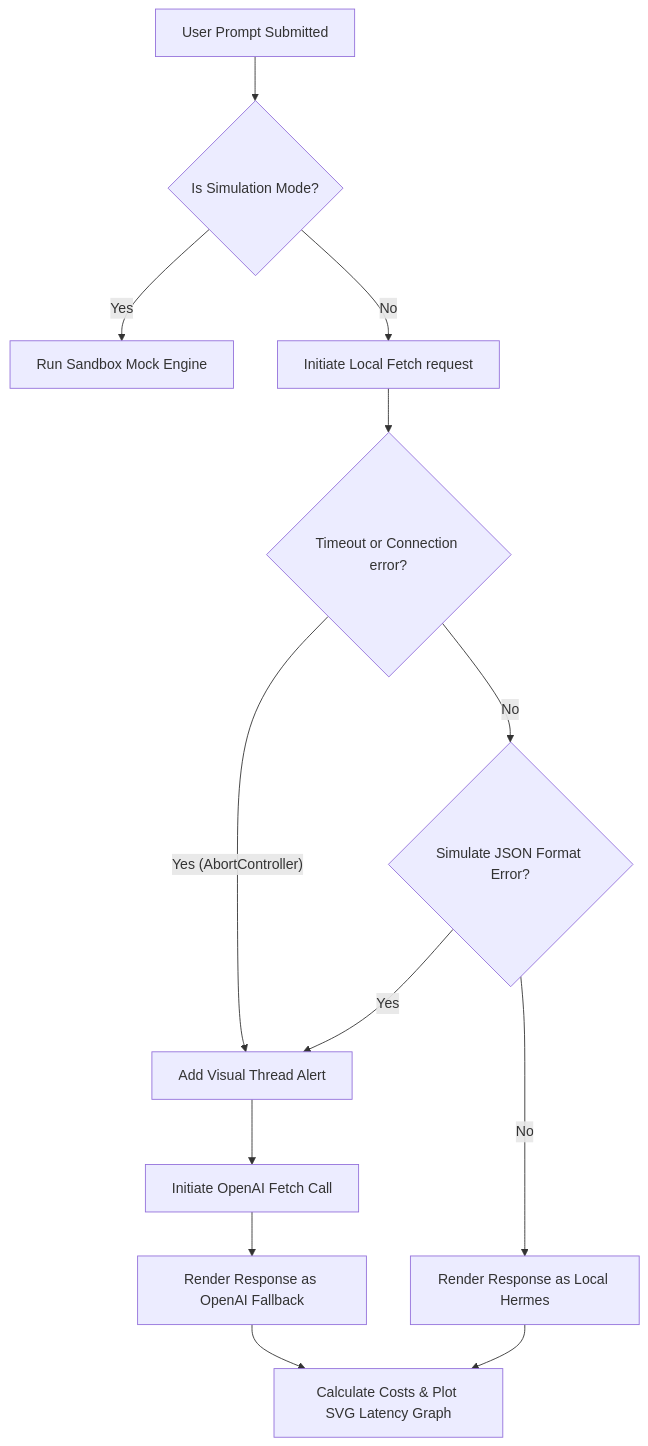
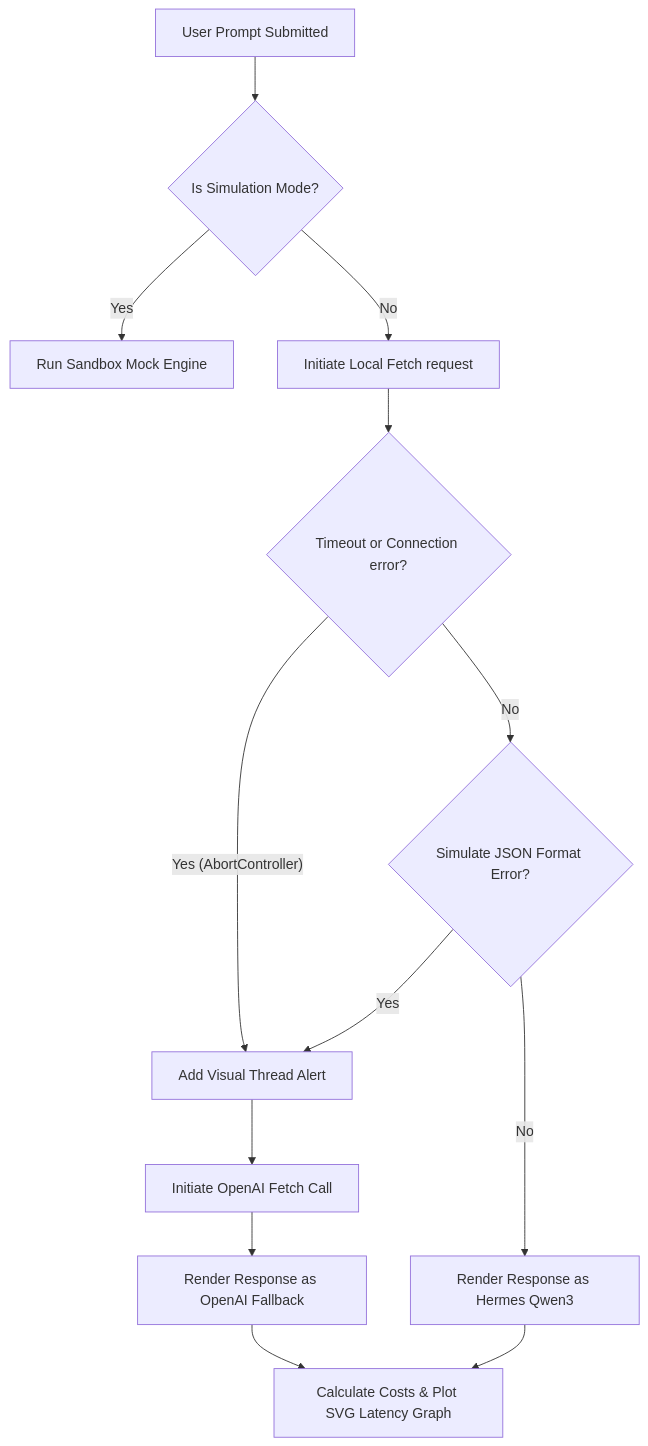
One commit to jacattac314/Hermes-X changed the diagram in README.md. Above: the diagram before and after it, drawn with Mermaid. The commit also changed other lines of this file and 11 other files, not shown here.

Commit message:
Configure Local Hermes launcher, setup dashboard, and compile macOS click-to-launch app bundle

````diff
--- a/README.md
+++ b/README.md
@@ -78,15 +76,15 @@
 ```mermaid
 graph TD
   A[User Prompt Submitted] --> B{Is Simulation Mode?}
   B -- Yes --> C[Run Sandbox Mock Engine]
   B -- No --> D[Initiate Local Fetch request]
   D --> E{Timeout or Connection error?}
   E -- Yes (AbortController) --> F[Add Visual Thread Alert]
   E -- No --> G{Simulate JSON Format Error?}
   G -- Yes --> F
-  G -- No --> H[Render Response as Local Hermes]
+  G -- No --> H[Render Response as Hermes Qwen3]
   F --> I[Initiate OpenAI Fetch Call]
   I --> J[Render Response as OpenAI Fallback]
   J --> K[Calculate Costs & Plot SVG Latency Graph]
   H --> K
 ```
````
